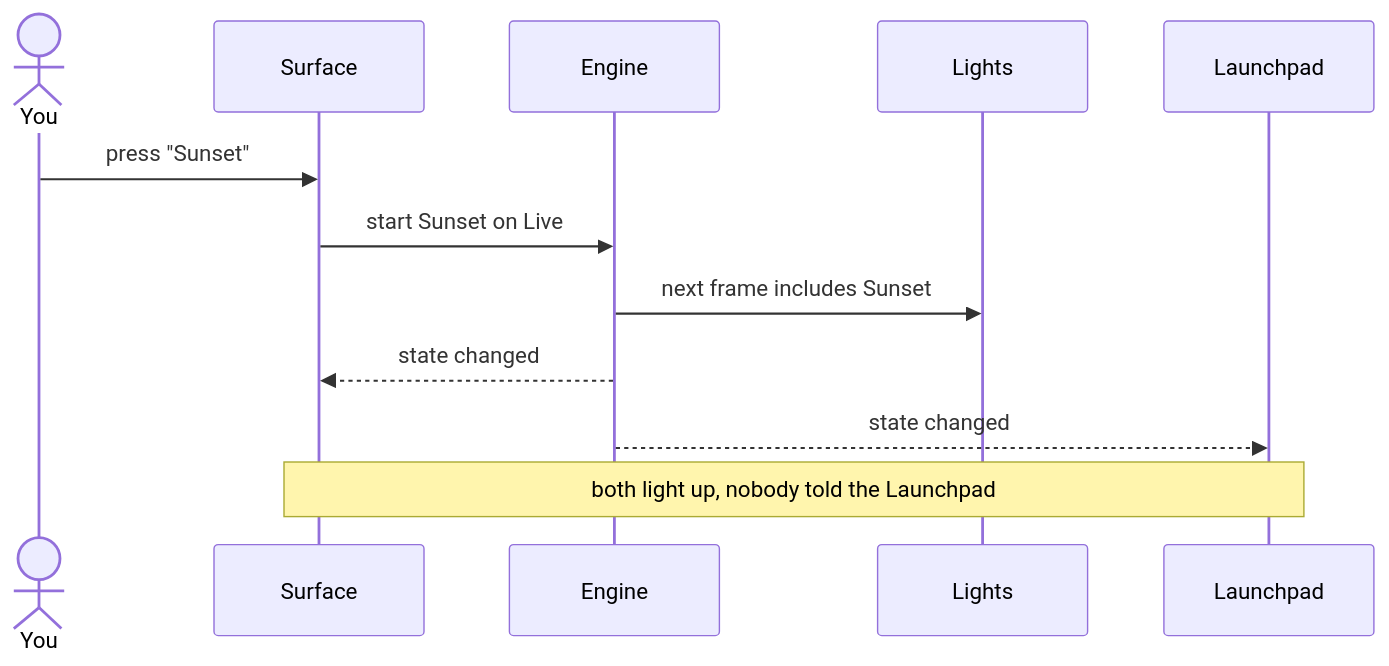
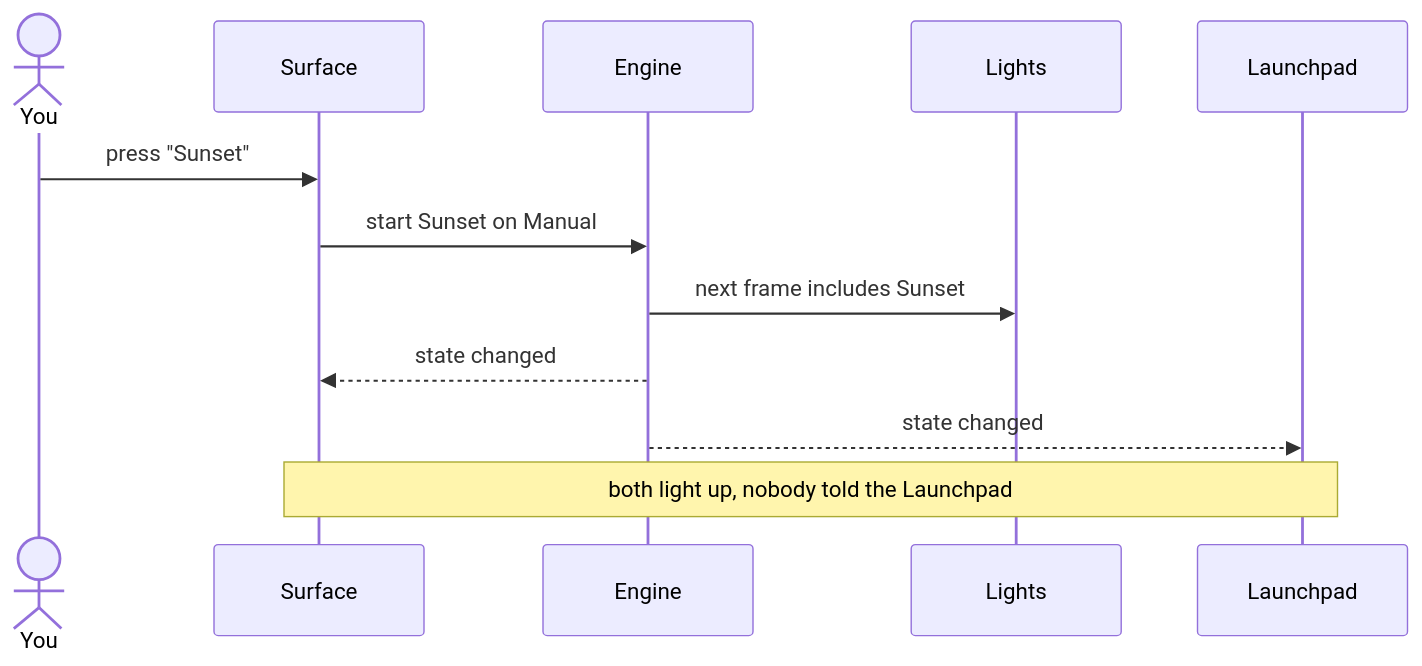
One commit to abossard/bossylights changed the tenth of 13 diagrams in docs/design/theory.md. Above: the diagram before and after it, drawn with Mermaid. The commit also changed other lines of this file and 6 other files, not shown here.

Commit message:
docs: one LIVE switch, no preview mode; home screen is Console, top layer is Manual

````diff
--- a/docs/design/theory.md
+++ b/docs/design/theory.md
@@ -178,14 +180,14 @@
 ```mermaid
 sequenceDiagram
   actor You
   participant Surface
   participant Engine
   participant Rig as Lights
   participant Pad as Launchpad
   You->>Surface: press "Sunset"
-  Surface->>Engine: start Sunset on Live
+  Surface->>Engine: start Sunset on Manual
   Engine->>Rig: next frame includes Sunset
   Engine-->>Surface: state changed
   Engine-->>Pad: state changed
   Note over Surface,Pad: both light up, nobody told the Launchpad
 ```
````
